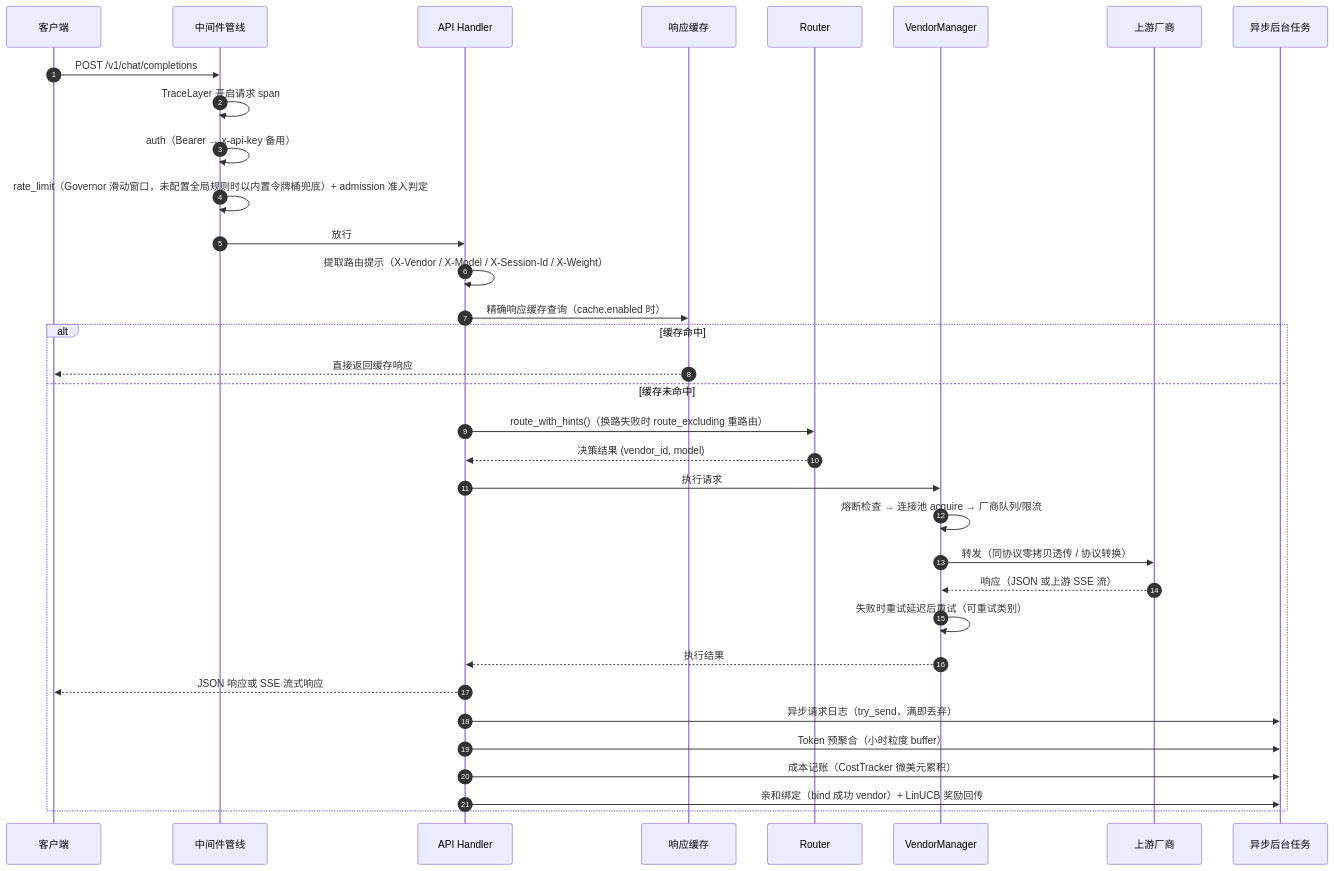
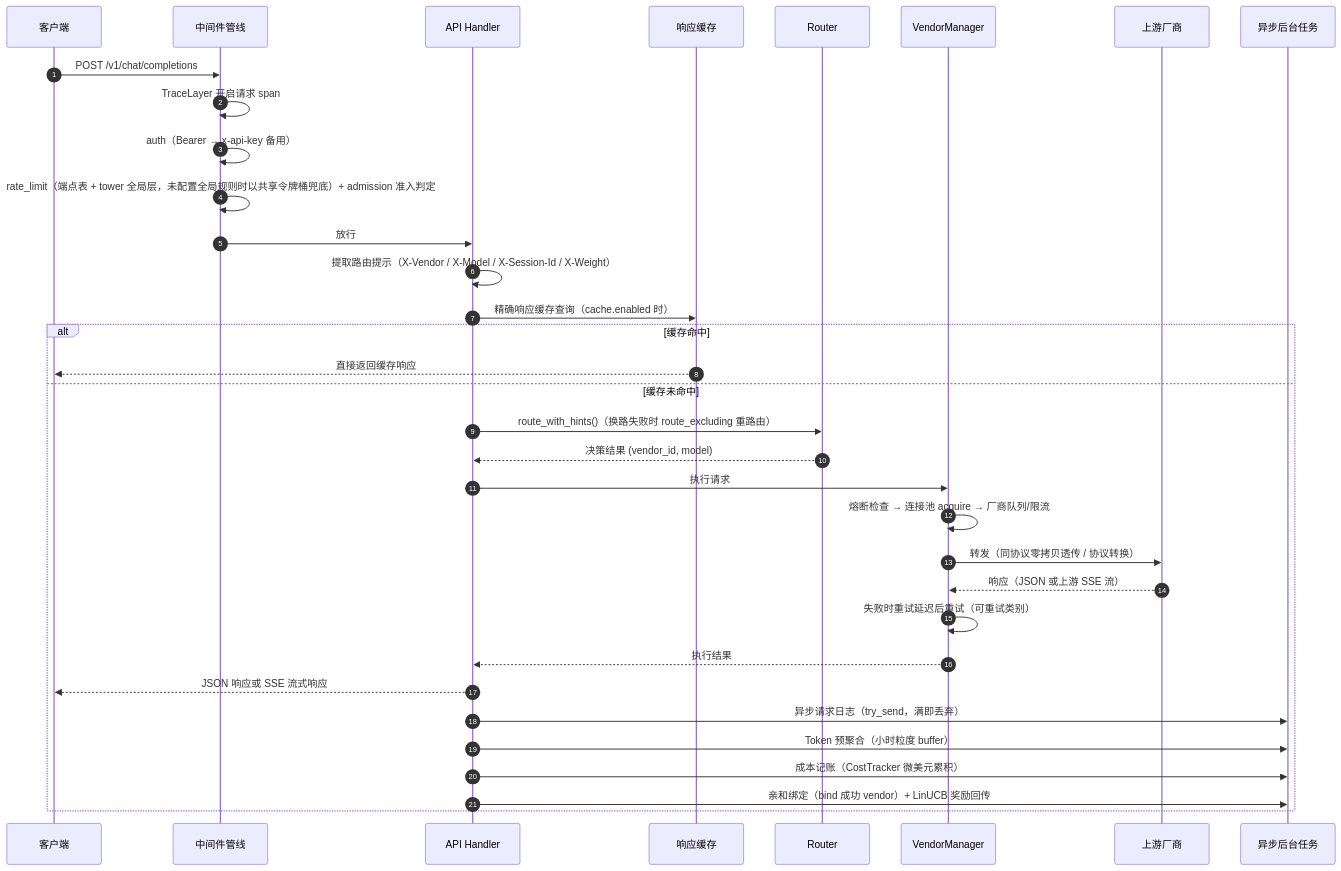
The second of 9 diagrams in docs/ARCHITECTURE.md (Kirky-X/fluxgate), drawn with Mermaid before and after one commit. The commit also changed other lines of this file and 44 other files, not shown here.

````diff
--- a/docs/ARCHITECTURE.md
+++ b/docs/ARCHITECTURE.md
@@ -170,37 +170,37 @@
 ```mermaid
 sequenceDiagram
     autonumber
     participant C as 客户端
     participant MW as 中间件管线
     participant H as API Handler
     participant RC as 响应缓存
     participant R as Router
     participant VM as VendorManager
     participant U as 上游厂商
     participant BG as 异步后台任务
 
     C->>MW: POST /v1/chat/completions
     MW->>MW: TraceLayer 开启请求 span
     MW->>MW: auth（Bearer → x-api-key 备用）
-    MW->>MW: rate_limit（Governor 滑动窗口，未配置全局规则时以内置令牌桶兜底）+ admission 准入判定
+    MW->>MW: rate_limit（端点表 + tower 全局层，未配置全局规则时以共享令牌桶兜底）+ admission 准入判定
     MW->>H: 放行
     H->>H: 提取路由提示（X-Vendor / X-Model / X-Session-Id / X-Weight）
     H->>RC: 精确响应缓存查询（cache.enabled 时）
     alt 缓存命中
         RC-->>C: 直接返回缓存响应
     else 缓存未命中
         H->>R: route_with_hints()（换路失败时 route_excluding 重路由）
         R-->>H: 决策结果 (vendor_id, model)
         H->>VM: 执行请求
         VM->>VM: 熔断检查 → 连接池 acquire → 厂商队列/限流
         VM->>U: 转发（同协议零拷贝透传 / 协议转换）
         U-->>VM: 响应（JSON 或上游 SSE 流）
         VM->>VM: 失败时重试延迟后重试（可重试类别）
         VM-->>H: 执行结果
         H-->>C: JSON 响应或 SSE 流式响应
         H->>BG: 异步请求日志（try_send，满即丢弃）
         H->>BG: Token 预聚合（小时粒度 buffer）
         H->>BG: 成本记账（CostTracker 微美元累积）
         H->>BG: 亲和绑定（bind 成功 vendor）+ LinUCB 奖励回传
     end
 ```
````
